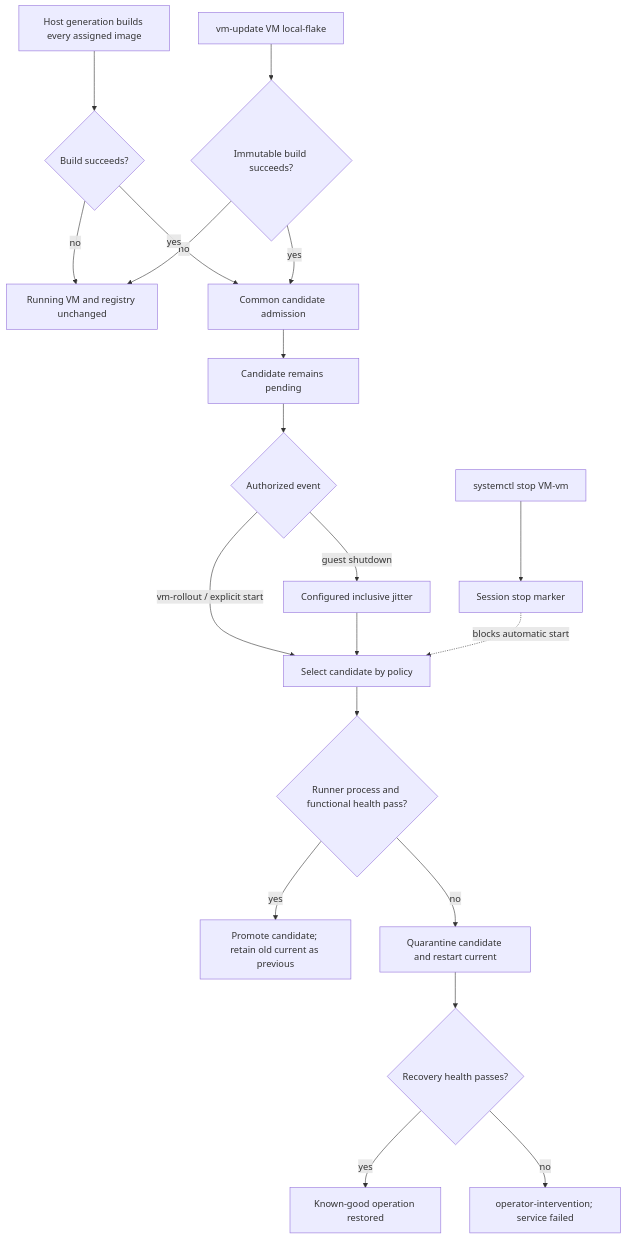
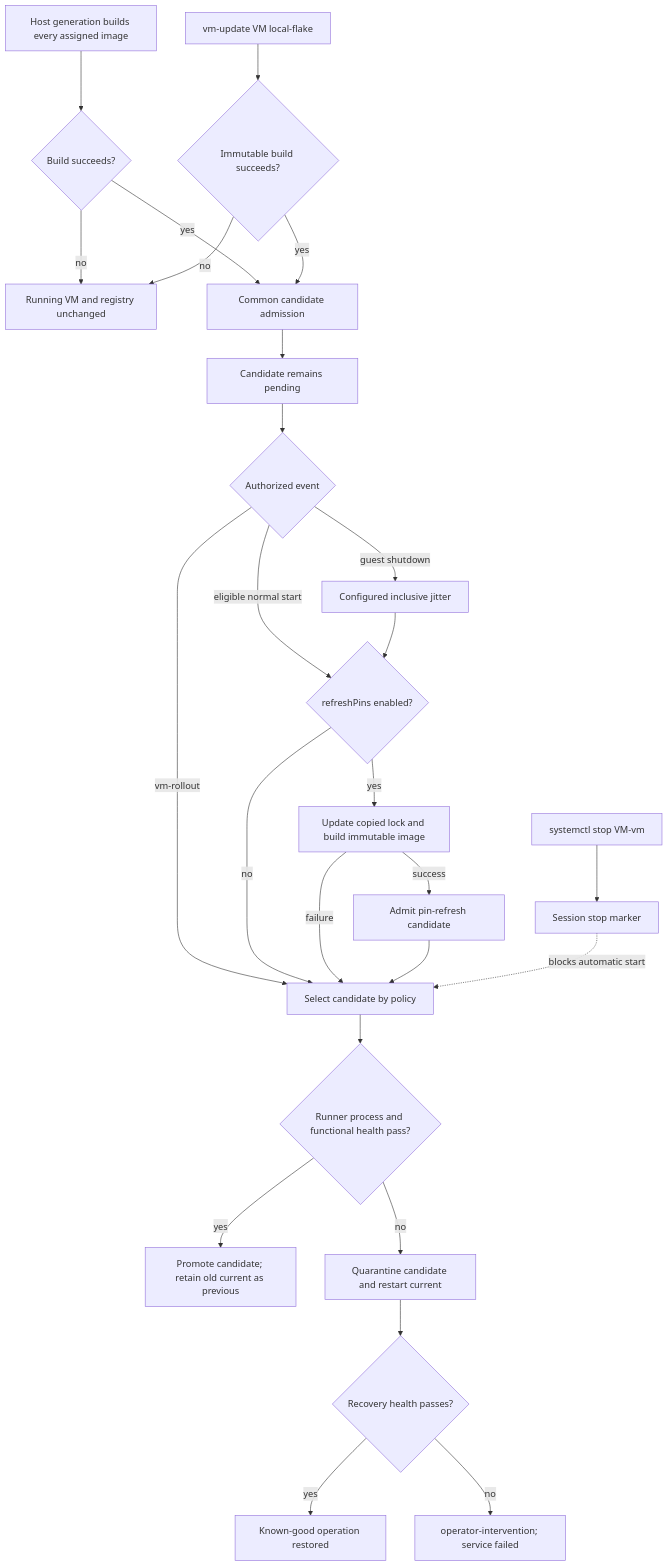
One commit to esp0xdeadbeef/nixos-shell-vm-manager changed the diagram in README.md. Above: the diagram before and after it, drawn with Mermaid. The commit also changed other lines of this file and 34 other files, not shown here.

Commit message:
feat(module): refresh vm pins before eligible starts

````diff
--- a/README.md
+++ b/README.md
@@ -141,22 +175,28 @@
 ```mermaid
 flowchart TD
   H[Host generation builds every assigned image] --> HA{Build succeeds?}
   L[vm-update VM local-flake] --> LA{Immutable build succeeds?}
   HA -- no --> U[Running VM and registry unchanged]
   LA -- no --> U
   HA -- yes --> C[Common candidate admission]
   LA -- yes --> C
   C --> P[Candidate remains pending]
   P --> E{Authorized event}
   E -- guest shutdown --> J[Configured inclusive jitter]
-  E -- vm-rollout / explicit start --> S[Select candidate by policy]
-  J --> S
+  E -- vm-rollout --> S[Select candidate by policy]
+  E -- eligible normal start --> RP{refreshPins enabled?}
+  J --> RP
+  RP -- no --> S
+  RP -- yes --> RB[Update copied lock and build immutable image]
+  RB -- failure --> S
+  RB -- success --> RC[Admit pin-refresh candidate]
+  RC --> S
   S --> HC{Runner process and functional health pass?}
   HC -- yes --> PR[Promote candidate; retain old current as previous]
   HC -- no --> F[Quarantine candidate and restart current]
   F --> RH{Recovery health passes?}
   RH -- yes --> R[Known-good operation restored]
   RH -- no --> O[operator-intervention; service failed]
   X[systemctl stop VM-vm] --> M[Session stop marker]
   M -. blocks automatic start .-> S
 ```
````
